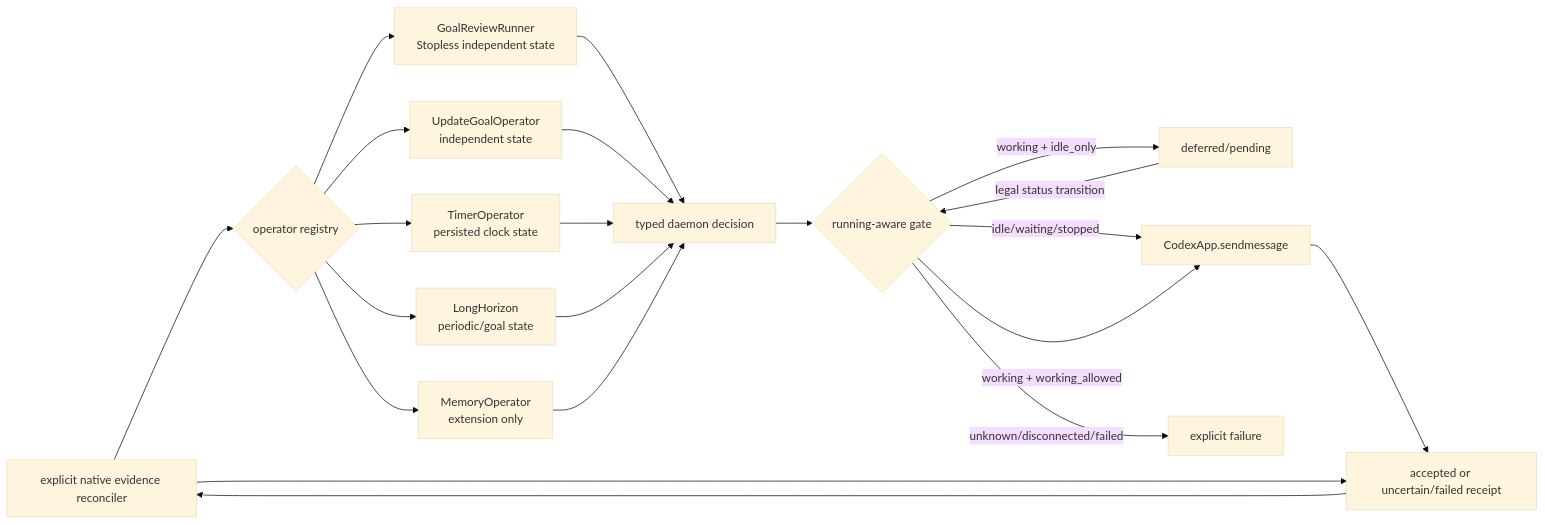
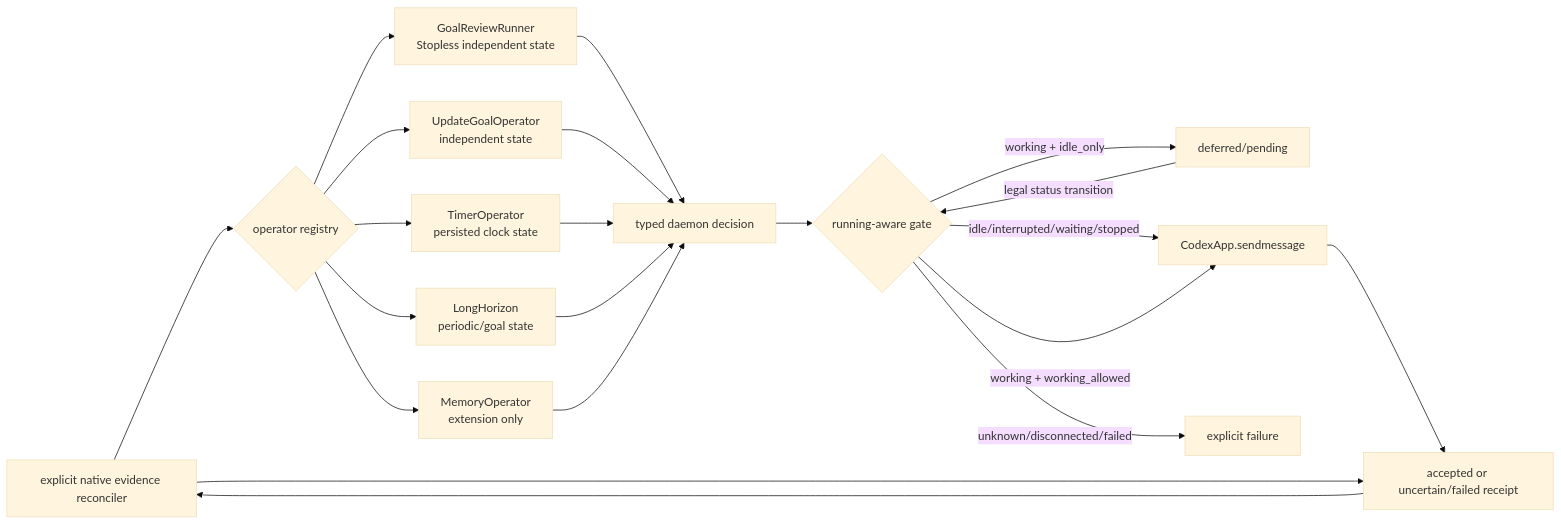
Before and after one commit to Jasonzhangf/codex-hooks: the second of 2 diagrams in docs/framework-graph.md, drawn with Mermaid (base theme). The commit also changed other lines of this file and 26 other files, not shown here.

````diff
--- a/docs/framework-graph.md
+++ b/docs/framework-graph.md
@@ -172,23 +175,23 @@
 ```mermaid
 flowchart LR
   E[normalized official event] --> O{operator registry}
   O --> S[GoalReviewRunner\nStopless independent state]
   O --> G[UpdateGoalOperator\nindependent state]
   O --> T[TimerOperator\npersisted clock state]
   O --> L[LongHorizon\nperiodic/goal state]
   O --> M[MemoryOperator\nextension only]
   S --> D[typed daemon decision]
   G --> D
   T --> D
   L --> D
   M --> D
   D --> Q{running-aware gate}
   Q -->|working + idle_only| P[deferred/pending]
-  Q -->|idle/waiting/stopped| C[CodexApp.sendmessage]
+  Q -->|idle/interrupted/waiting/stopped| C[CodexApp.sendmessage]
   Q -->|working + working_allowed| C
   Q -->|unknown/disconnected/failed| F[explicit failure]
   P -->|legal status transition| Q
   C --> R[accepted or uncertain/failed receipt]
   R --> E[explicit native evidence reconciler]
   E --> R
 ```
````
